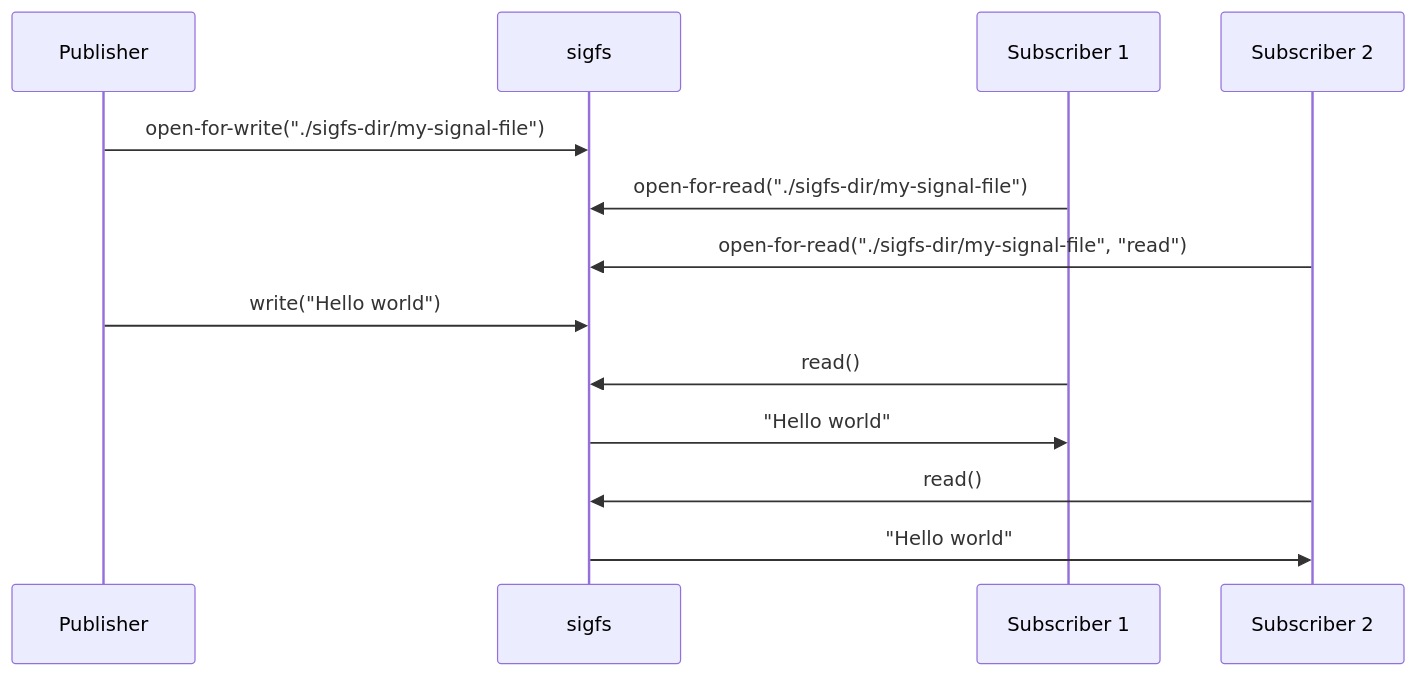
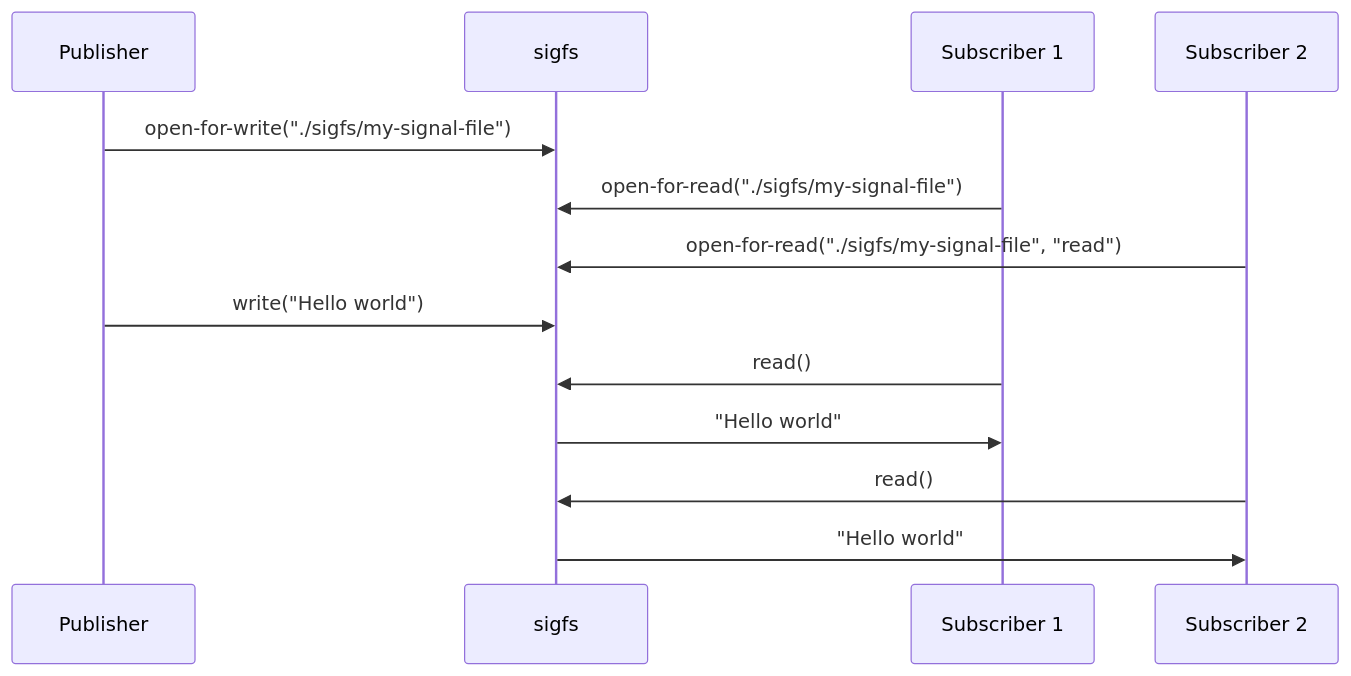
One commit to magnusfeuer/sigfs changed the diagram in README.md. Above: the diagram before and after it, drawn with Mermaid. The commit also changed other lines of this file and 10 other files, not shown here.

````diff
--- a/README.md
+++ b/README.md
@@ -78,11 +78,11 @@
 ```mermaid
 sequenceDiagram
-    Publisher->>sigfs: open-for-write("./sigfs-dir/my-signal-file")
-    Subscriber 1->>sigfs: open-for-read("./sigfs-dir/my-signal-file")
-    Subscriber 2->>sigfs: open-for-read("./sigfs-dir/my-signal-file", "read")
+    Publisher->>sigfs: open-for-write("./sigfs/my-signal-file")
+    Subscriber 1->>sigfs: open-for-read("./sigfs/my-signal-file")
+    Subscriber 2->>sigfs: open-for-read("./sigfs/my-signal-file", "read")
     Publisher->>sigfs: write("Hello world")
     Subscriber 1->>sigfs: read()
     sigfs->>Subscriber 1: "Hello world"
     Subscriber 2->>sigfs: read()
     sigfs->>Subscriber 2: "Hello world"
 ```
````
